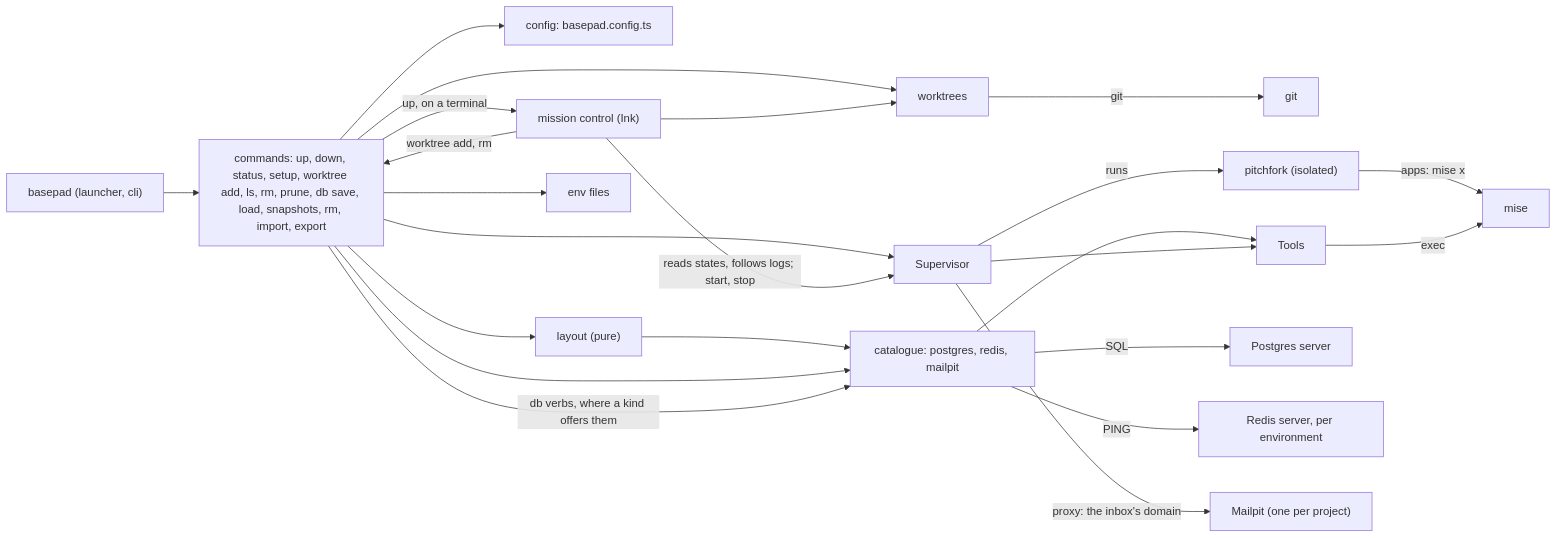
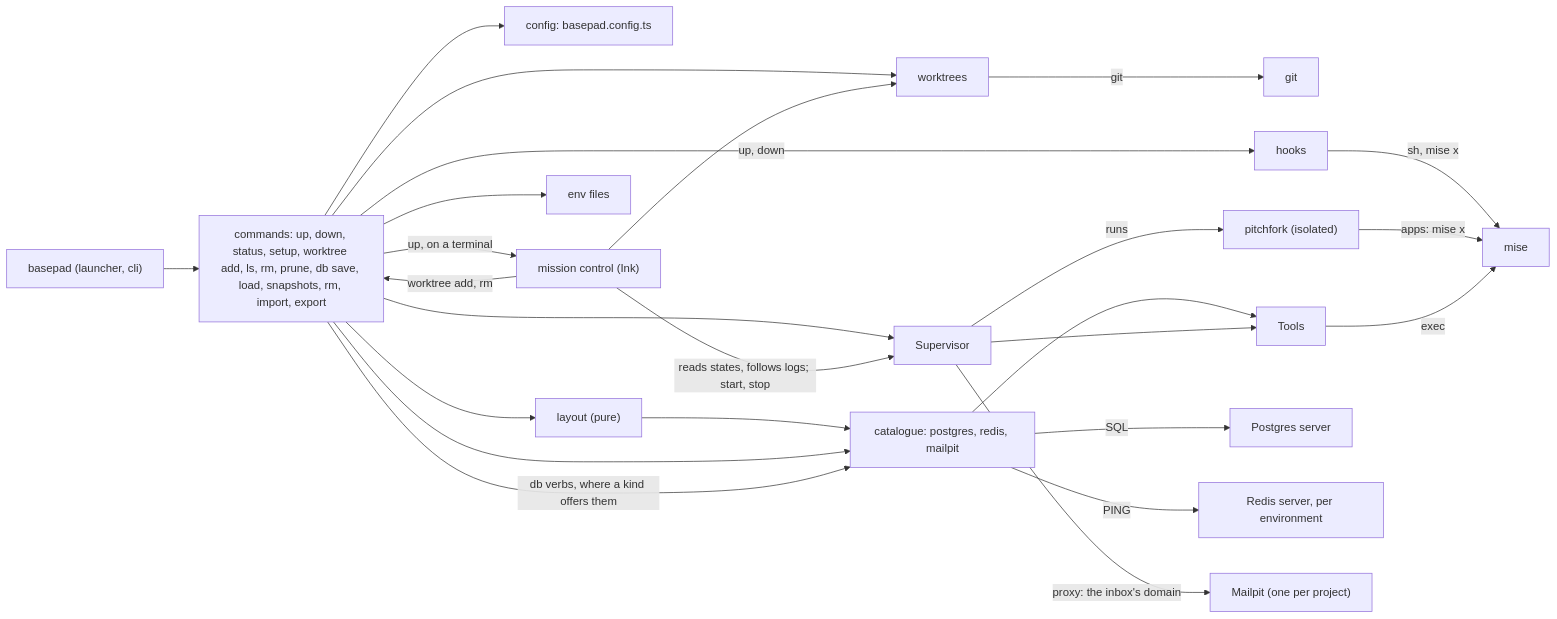
Before and after one commit to Aysnc-Labs/basepad: the diagram in docs/feature-map.md, drawn with Mermaid. The commit also changed other lines of this file and 17 other files, not shown here.

First line of the commit message:
Run hooks around up and down

````diff
--- a/docs/feature-map.md
+++ b/docs/feature-map.md
@@ -12,25 +12,27 @@
 ```mermaid
 flowchart LR
   CLI["basepad (launcher, cli)"] --> Commands["commands: up, down, status, setup, worktree add, ls, rm, prune, db save, load, snapshots, rm, import, export"]
   Commands --> Worktrees["worktrees"]
   Worktrees -- "git" --> Git["git"]
   Commands --> Config["config: basepad.config.ts"]
   Commands --> Layout["layout (pure)"]
   Layout --> Catalogue
   Commands --> Catalogue["catalogue: postgres, redis, mailpit"]
   Commands -- "db verbs, where a kind offers them" --> Catalogue
   Commands --> Supervisor
   Commands -- "up, on a terminal" --> MissionControl["mission control (Ink)"]
   MissionControl -- "reads states, follows logs; start, stop" --> Supervisor
   MissionControl --> Worktrees
   MissionControl -- "worktree add, rm" --> Commands
   Commands --> EnvFiles["env files"]
+  Commands -- "up, down" --> Hooks["hooks"]
+  Hooks -- "sh, mise x" --> Mise
   Supervisor -- "runs" --> Pitchfork["pitchfork (isolated)"]
   Pitchfork -- "apps: mise x" --> Mise
   Catalogue --> Tools
   Supervisor --> Tools
   Tools -- "exec" --> Mise["mise"]
   Catalogue -- "SQL" --> Postgres["Postgres server"]
   Catalogue -- "PING" --> Redis["Redis server, per environment"]
   Supervisor -- "proxy: the inbox's domain" --> Mailpit["Mailpit (one per project)"]
 ```
````
